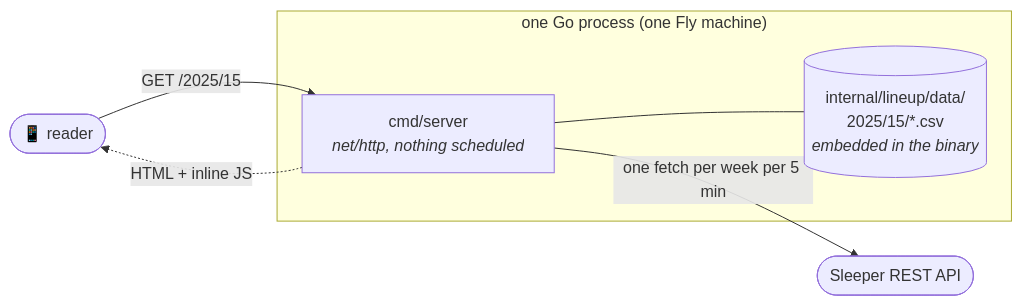
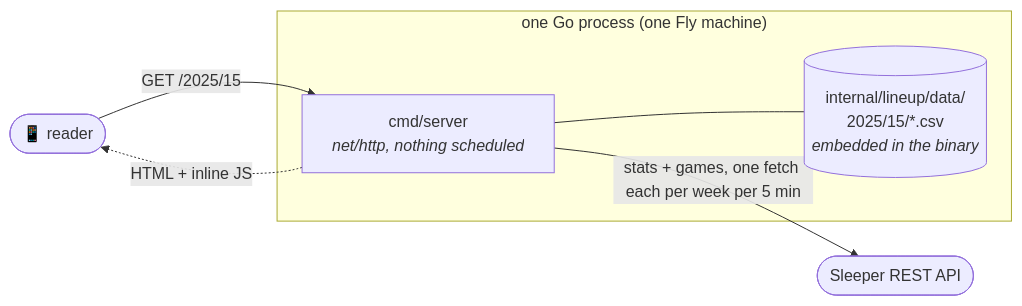
Before and after one commit to eshifrin-606/bojjaes: the first of 9 diagrams in docs/architecture.md, drawn with Mermaid. The commit also changed other lines of this file and 28 other files, not shown here.

````diff
--- a/docs/architecture.md
+++ b/docs/architecture.md
@@ -10,11 +10,11 @@
 ```mermaid
 graph LR
     reader(["📱 reader"]) -->|"GET /2025/15"| server
     subgraph box["one Go process (one Fly machine)"]
         server["cmd/server<br/><i>net/http, nothing scheduled</i>"]
         tree[("internal/lineup/data/<br/>2025/15/*.csv<br/><i>embedded in the binary</i>")]
         server --- tree
     end
-    server -->|"one fetch per week per 5 min"| sleeper(["Sleeper REST API"])
+    server -->|"stats + games, one fetch each per week per 5 min"| sleeper(["Sleeper REST API"])
     server -.->|"HTML + inline JS"| reader
 ```
````
